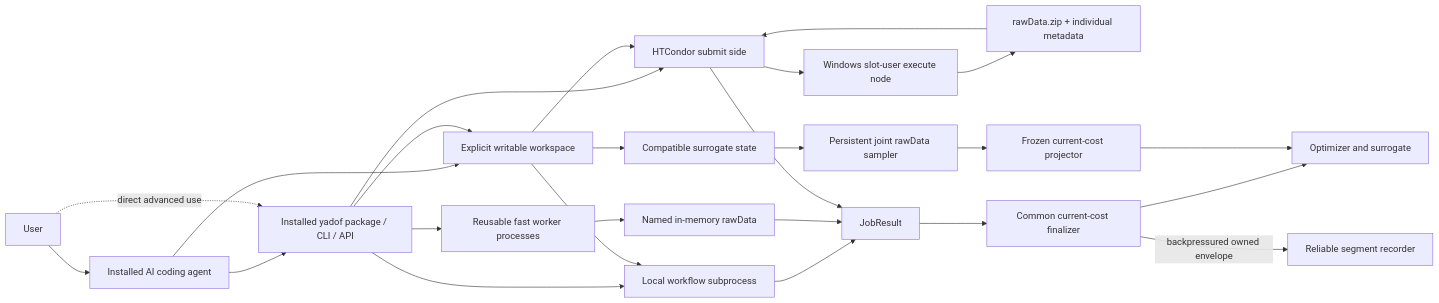
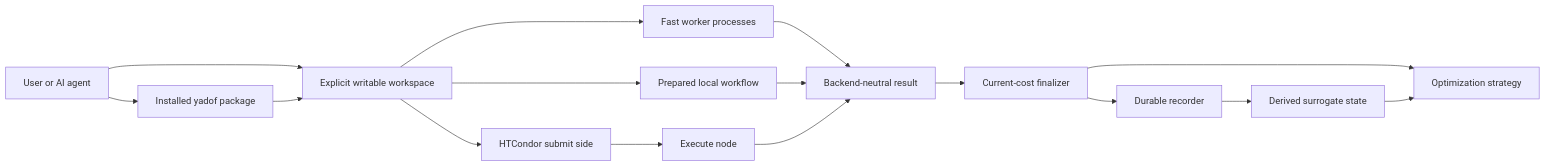
The diagram in dev_doc/architecture/c4_container.md (YS-Pan/yadof), drawn with Mermaid before and after one commit. The commit also changed other lines of this file and 35 other files, not shown here.

Commit message:
Condense architecture and separate admin docs

````diff
--- a/dev_doc/architecture/c4_container.md
+++ b/dev_doc/architecture/c4_container.md
@@ -3,27 +3,18 @@
 ```mermaid
 flowchart LR
-    User["User"] --> Agent["Installed AI coding agent"]
-    Agent --> Package["Installed yadof package / CLI / API"]
-    Agent --> Workspace["Explicit writable workspace"]
-    User -. direct advanced use .-> Package
+    User["User or AI agent"] --> Package["Installed yadof package"]
+    User --> Workspace["Explicit writable workspace"]
     Package --> Workspace
-    Package --> Local["Local workflow subprocess"]
-    Package --> Fast["Reusable fast worker processes"]
-    Package --> Schedd["HTCondor submit side"]
-    Schedd --> Worker["Windows slot-user execute node"]
-    Workspace --> Local
-    Workspace --> Schedd
-    Local --> Result["JobResult"]
-    Fast --> Memory["Named in-memory rawData"]
-    Memory --> Result
-    Worker --> Zip["rawData.zip + individual metadata"]
-    Zip --> Schedd
-    Schedd --> Result
-    Result --> Finalizer["Common current-cost finalizer"]
-    Finalizer --> Optimizer["Optimizer and surrogate"]
-    Finalizer -->|backpressured owned envelope| Records["Reliable segment recorder"]
-    Workspace --> SurrogateState["Compatible surrogate state"]
-    SurrogateState --> Posterior["Persistent joint rawData sampler"]
-    Posterior --> Projector["Frozen current-cost projector"]
-    Projector --> Optimizer
+    Workspace --> Fast["Fast worker processes"]
+    Workspace --> Local["Prepared local workflow"]
+    Workspace --> Submit["HTCondor submit side"]
+    Submit --> Execute["Execute node"]
+    Fast --> Result["Backend-neutral result"]
+    Local --> Result
+    Execute --> Result
+    Result --> Finalizer["Current-cost finalizer"]
+    Finalizer --> Records["Durable recorder"]
+    Finalizer --> Strategy["Optimization strategy"]
+    Records --> Surrogate["Derived surrogate state"]
+    Surrogate --> Strategy
 ```
````
